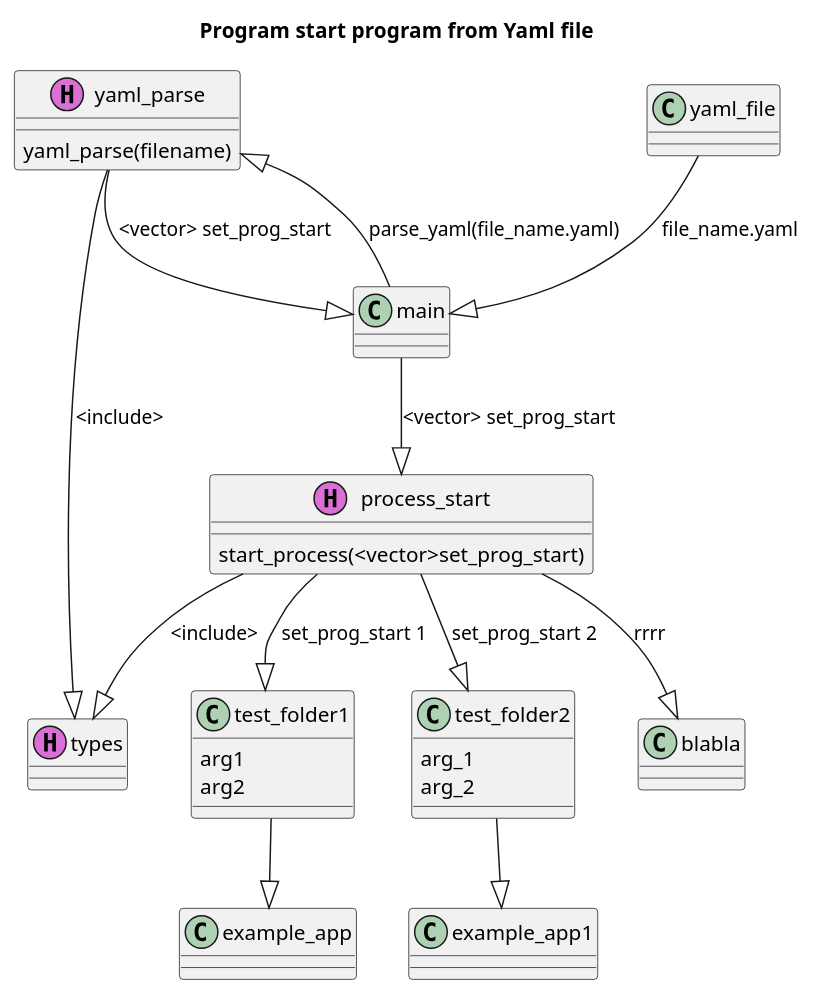
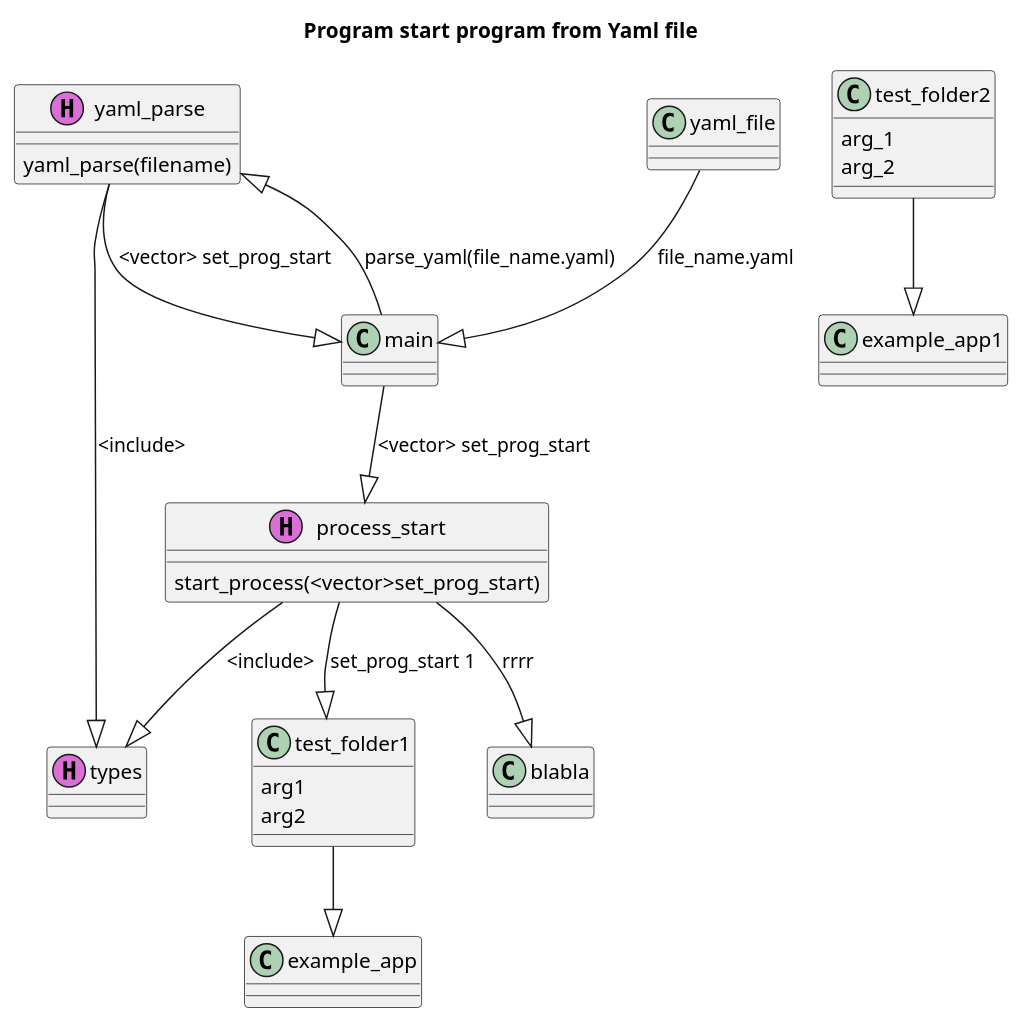
The diagram in docs/UML/Struct_prog.puml (zonmen/tests), drawn with PlantUML before and after one commit.

```diff
--- a/docs/UML/Struct_prog.puml
+++ b/docs/UML/Struct_prog.puml
@@ -1,36 +1,35 @@
 @startuml
 title "Program start program from Yaml file"
 class  yaml_parse  << (H,orchid) >>
 class  process_start  << (H,orchid) >>
 class  types  << (H,orchid) >>
 
 yaml_file --|> main :"file_name.yaml"
 
 
 main --|> process_start :"<vector> set_prog_start"
 
 main --|> yaml_parse :"parse_yaml(file_name.yaml)"
 yaml_parse --|> main :"<vector> set_prog_start"
 
 process_start --|> types :"<include>"
 yaml_parse --|> types :"<include>"
 
 process_start --|> test_folder1 :"set_prog_start 1"
-process_start --|> test_folder2 :"set_prog_start 2"
 process_start --|> blabla : "rrrr" 
 
 test_folder1 --|> example_app
 test_folder2 --|> example_app1  
 
 
 test_folder1 : arg1
 test_folder1 : arg2
 
 test_folder2 : arg_1
 test_folder2 : arg_2
 
 yaml_parse : yaml_parse(filename)
 process_start : start_process(<vector>set_prog_start)
 
 
 @enduml
```
